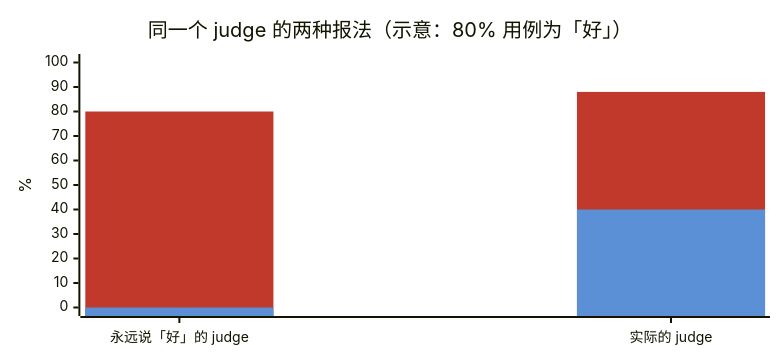
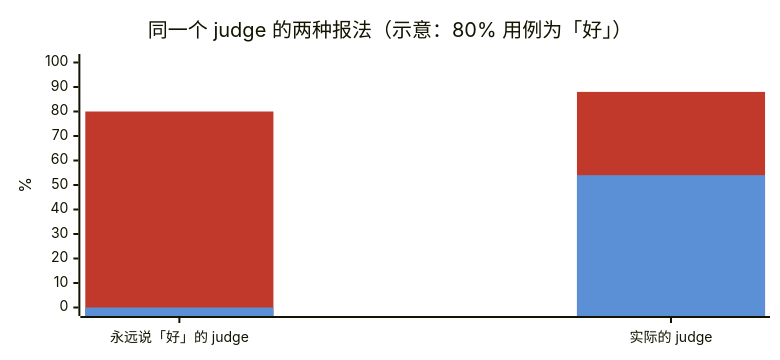
Before and after one commit to arganzheng/arganzheng.github.com: the third of 6 diagrams in _posts/2026-11-01-scoring-rules-llm-as-a-judge-and-humans.md, drawn with Mermaid. The commit also changed other lines of this file and 19 other files, not shown here.

First line of the commit message:
三张地图审视 P0（A）：修正 12 处技术错误与 5 处被拆坏的表格

````diff
--- a/_posts/2026-11-01-scoring-rules-llm-as-a-judge-and-humans.md
+++ b/_posts/2026-11-01-scoring-rules-llm-as-a-judge-and-humans.md
@@ -103,10 +103,10 @@
 ```mermaid
-%% 图：为什么一致率虚高——80% 的用例本来就是「好」，一个永远说「好」的 judge 与人的一致率也有 80%；观察到的 88% 里大部分是机遇一致，Cohen's kappa 校正后只有 0.4 左右（研究里 kappa 相对精确匹配普遍低 33–41 个百分点）；报 kappa 不报一致率
+%% 图：为什么一致率虚高——80% 的用例本来就是「好」，一个永远说「好」的 judge 与人的一致率也有 80%；观察到的 88% 里大部分是机遇一致，Cohen's kappa 校正后只有 0.54 左右（研究里 kappa 相对精确匹配普遍低 33–41 个百分点）；报 kappa 不报一致率
 %%{init: {"xyChart": {"width": 760, "height": 340, "plotReservedSpacePercent": 60}, "themeVariables": {"xyChart": {"plotColorPalette": "#c0392b, #5b8fd6, #4d9a5c"}}}}%%
 xychart-beta
     title "同一个 judge 的两种报法（示意：80% 用例为「好」）"
     x-axis ["永远说「好」的 judge", "实际的 judge"]
     y-axis "%" 0 --> 100
     bar [80, 88]
-    bar [0, 40]
+    bar [0, 54]
 ```
````
